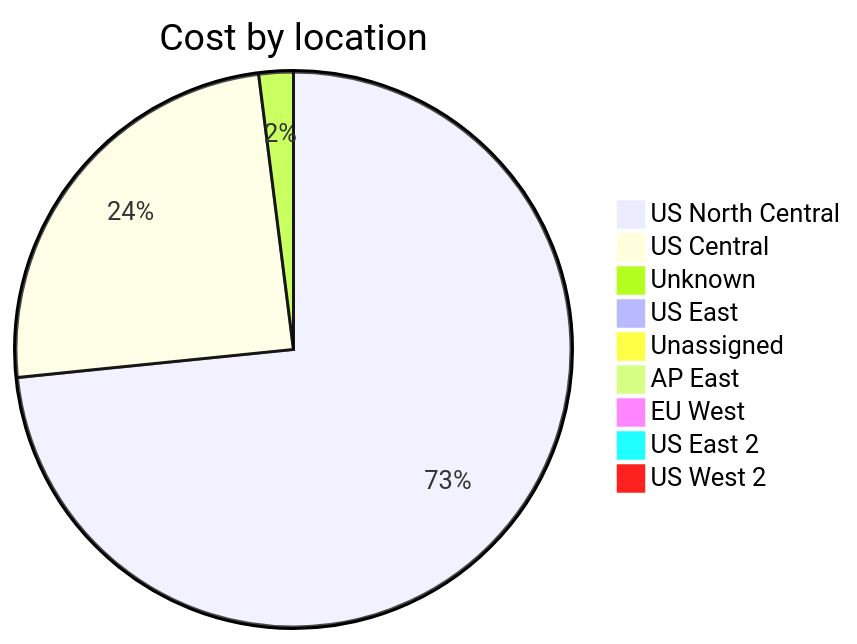
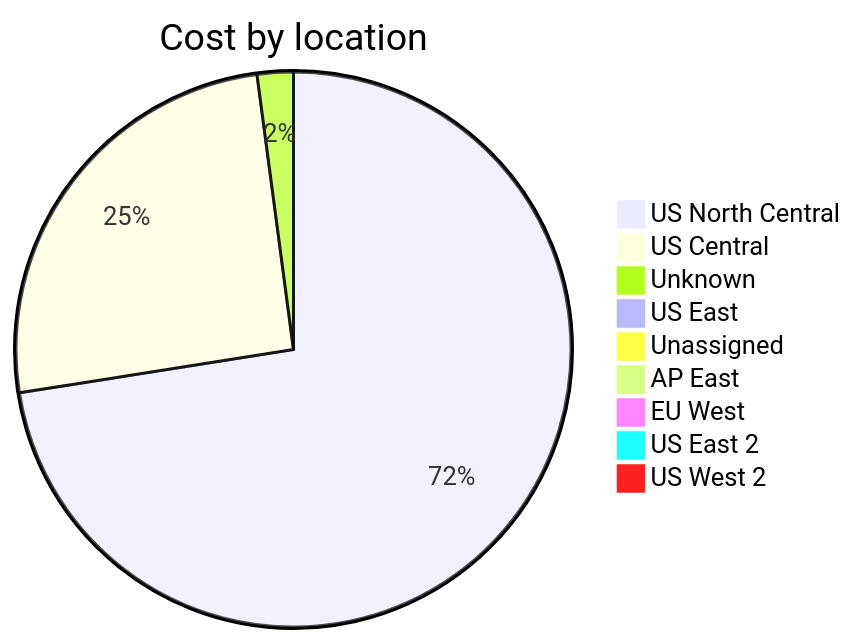
Before and after one commit to jpfulton/azure-personal-reports: the third of 4 diagrams in cost-reports/accumulated-cost.md, drawn with Mermaid. The commit also changed other lines of this file and 4 other files, not shown here.

````diff
--- a/cost-reports/accumulated-cost.md
+++ b/cost-reports/accumulated-cost.md
@@ -129,13 +129,13 @@
 ```mermaid
 pie
    title Cost by location
-   "US North Central" : 6.95
-   "US Central" : 2.33
-   "Unknown" : 0.19
-   "US East" : 0.04
-   "Unassigned" : 0.03
+   "US North Central" : 8.28
+   "US Central" : 2.90
+   "Unknown" : 0.24
+   "US East" : 0.05
+   "Unassigned" : 0.04
    "AP East" : 0.00
    "EU West" : 0.00
    "US East 2" : 0.00
    "US West 2" : 0.00
 ```
````
